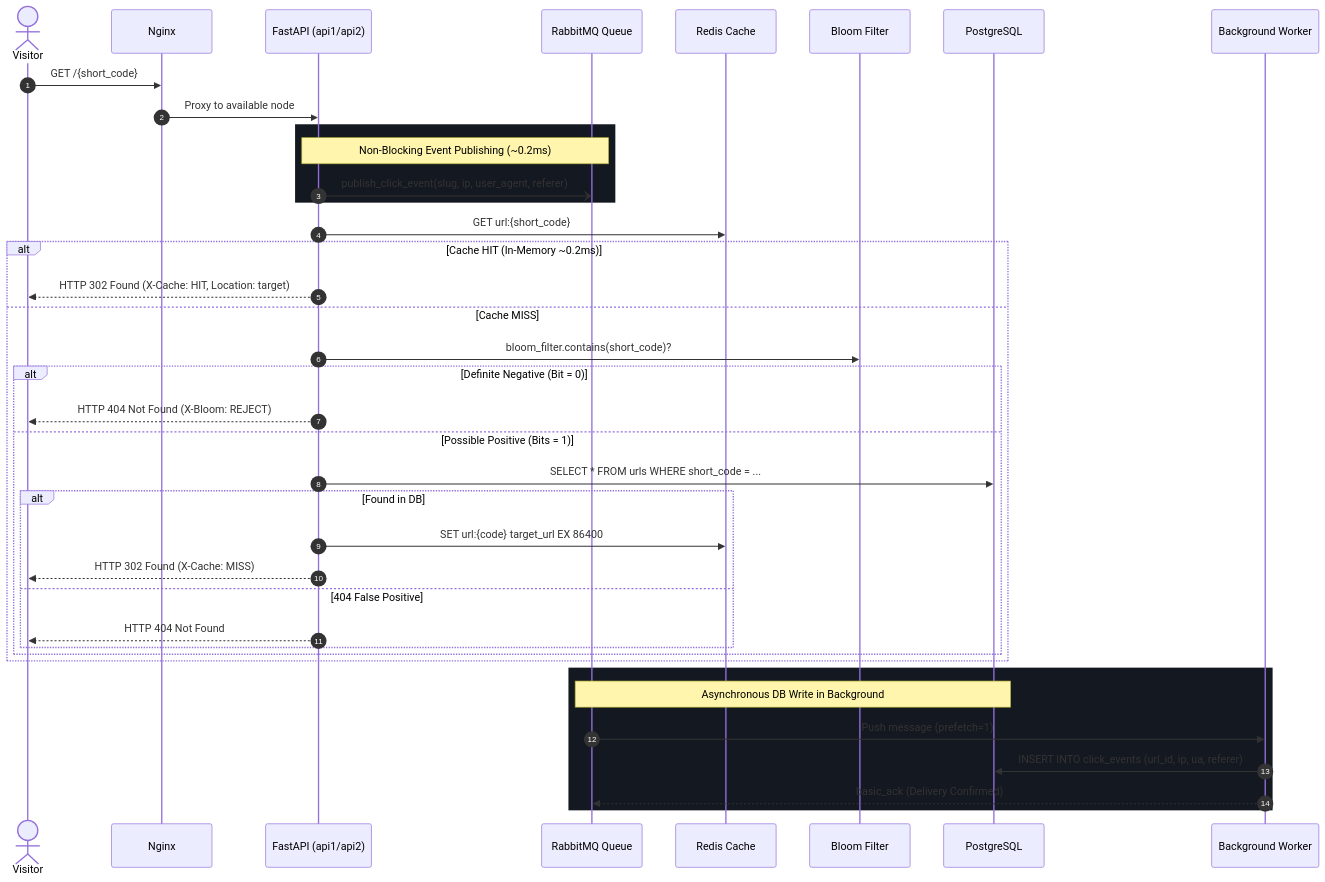
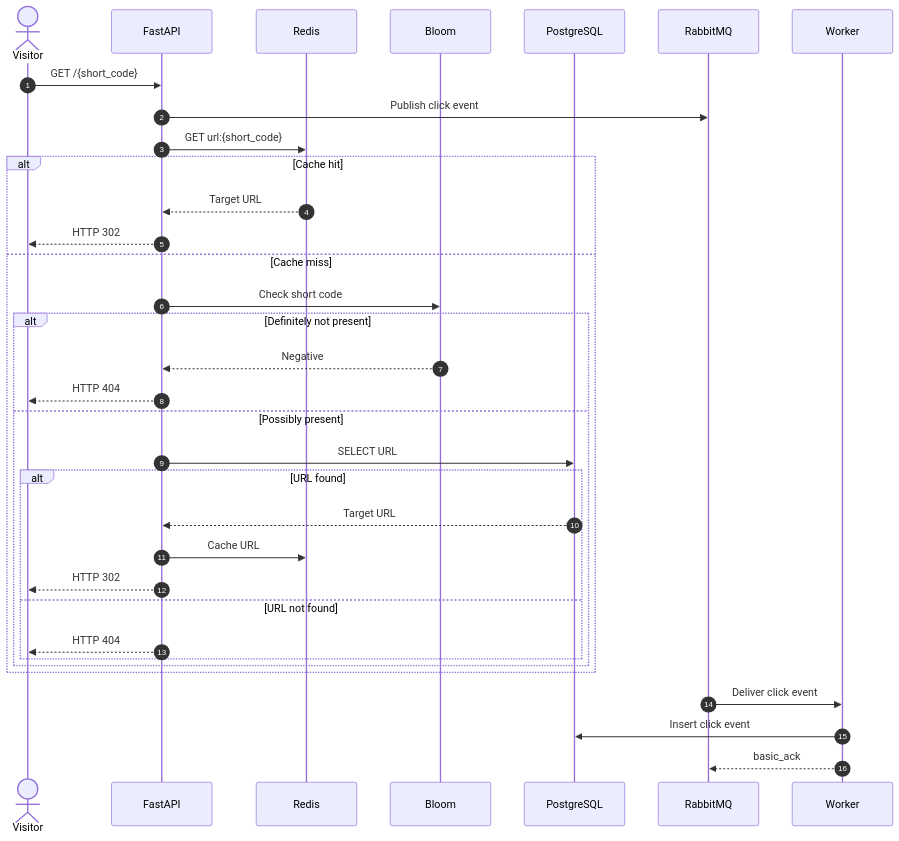
The fourth of 4 diagrams in README.md (uniquesht1/url-shortner), drawn with Mermaid before and after one commit. The commit also changed other lines of this file, not shown here.

````diff
--- a/README.md
+++ b/README.md
@@ -111,45 +161,43 @@
 ```mermaid
 sequenceDiagram
     autonumber
     actor Visitor
-    participant Nginx
-    participant API as FastAPI (api1/api2)
-    participant RabbitMQ as RabbitMQ Queue
-    participant Redis as Redis Cache
-    participant Bloom as Bloom Filter
+    participant API as FastAPI
+    participant Redis
+    participant Bloom
     participant DB as PostgreSQL
-    participant Worker as Background Worker
+    participant RabbitMQ
+    participant Worker
 
-    Visitor->>Nginx: GET /{short_code}
-    Nginx->>API: Proxy to available node
-    
-    rect rgb(20, 24, 33)
-        note over API,RabbitMQ: Non-Blocking Event Publishing (~0.2ms)
-        API-)RabbitMQ: publish_click_event(slug, ip, user_agent, referer)
-    end
+    Visitor->>API: GET /{short_code}
+
+    API->>RabbitMQ: Publish click event
 
     API->>Redis: GET url:{short_code}
-    alt Cache HIT (In-Memory ~0.2ms)
-        API-->>Visitor: HTTP 302 Found (X-Cache: HIT, Location: target)
-    else Cache MISS
-        API->>Bloom: bloom_filter.contains(short_code)?
-        alt Definite Negative (Bit = 0)
-            API-->>Visitor: HTTP 404 Not Found (X-Bloom: REJECT)
-        else Possible Positive (Bits = 1)
-            API->>DB: SELECT * FROM urls WHERE short_code = ...
-            alt Found in DB
-                API->>Redis: SET url:{code} target_url EX 86400
-                API-->>Visitor: HTTP 302 Found (X-Cache: MISS)
-            else 404 False Positive
-                API-->>Visitor: HTTP 404 Not Found
+
+    alt Cache hit
+        Redis-->>API: Target URL
+        API-->>Visitor: HTTP 302
+    else Cache miss
+        API->>Bloom: Check short code
+
+        alt Definitely not present
+            Bloom-->>API: Negative
+            API-->>Visitor: HTTP 404
+        else Possibly present
+            API->>DB: SELECT URL
+
+            alt URL found
+                DB-->>API: Target URL
+                API->>Redis: Cache URL
+                API-->>Visitor: HTTP 302
+            else URL not found
+                API-->>Visitor: HTTP 404
             end
         end
     end
 
-    rect rgb(20, 24, 33)
-        note over RabbitMQ,DB: Asynchronous DB Write in Background
-        RabbitMQ->>Worker: Push message (prefetch=1)
-        Worker->>DB: INSERT INTO click_events (url_id, ip, ua, referer)
-        Worker-->>RabbitMQ: basic_ack (Delivery Confirmed)
-    end
+    RabbitMQ->>Worker: Deliver click event
+    Worker->>DB: Insert click event
+    Worker-->>RabbitMQ: basic_ack
 ```
````
